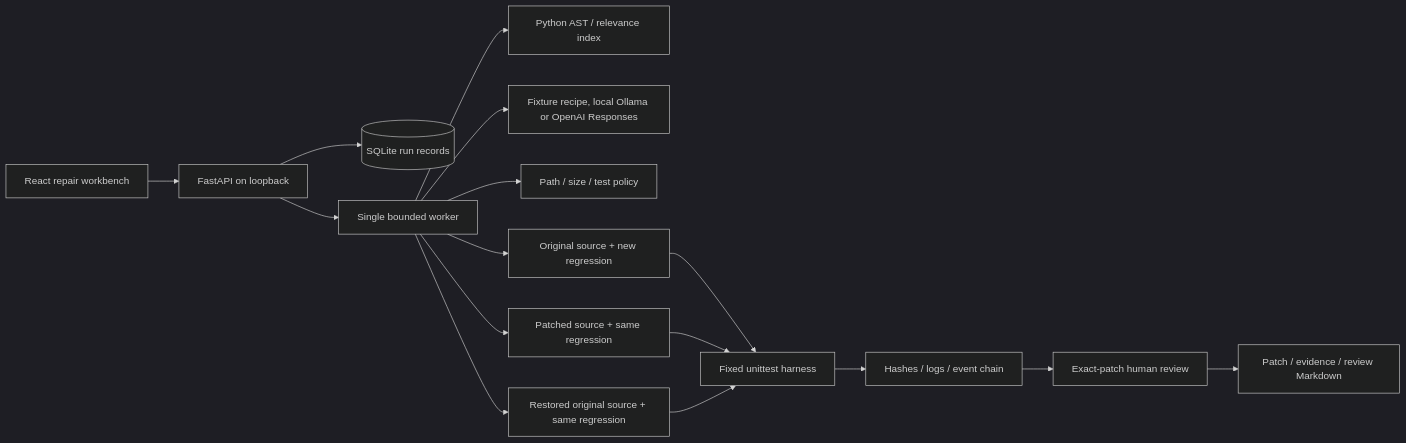
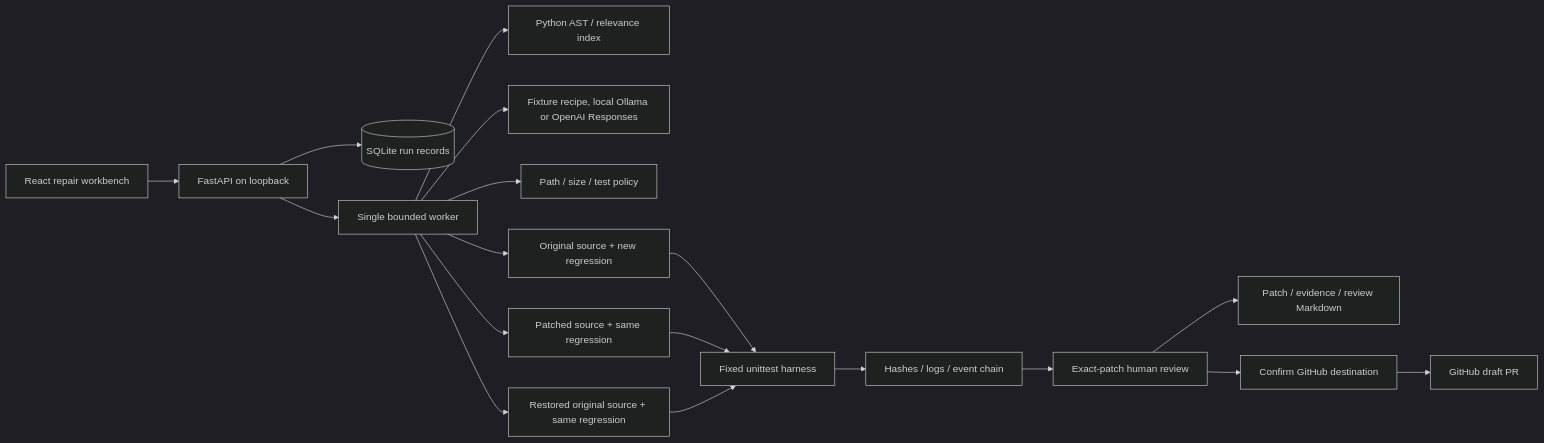
One commit to KrishnaBECOE07/Fixforge changed the diagram in docs/ARCHITECTURE.md. Above: the diagram before and after it, drawn with Mermaid (dark theme). The commit also changed other lines of this file and 10 other files, not shown here.

Commit message:
Publish approved GitHub drafts from the workbench

````diff
--- a/docs/ARCHITECTURE.md
+++ b/docs/ARCHITECTURE.md
@@ -5,18 +5,20 @@
 ```mermaid
 flowchart LR
     UI[React repair workbench] --> API[FastAPI on loopback]
     API --> DB[(SQLite run records)]
     API --> Queue[Single bounded worker]
     Queue --> Index[Python AST / relevance index]
     Queue --> Provider[Fixture recipe, local Ollama or OpenAI Responses]
     Queue --> Policy[Path / size / test policy]
     Queue --> Original[Original source + new regression]
     Queue --> Patched[Patched source + same regression]
     Queue --> Restored[Restored original source + same regression]
     Original --> Runner[Fixed unittest harness]
     Patched --> Runner
     Restored --> Runner
     Runner --> Evidence[Hashes / logs / event chain]
     Evidence --> Review[Exact-patch human review]
     Review --> Export[Patch / evidence / review Markdown]
+    Review --> Confirm[Confirm GitHub destination]
+    Confirm --> Publisher[GitHub draft PR]
 ```
````
